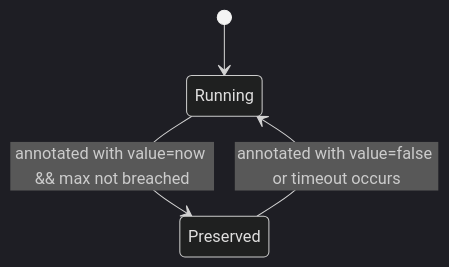
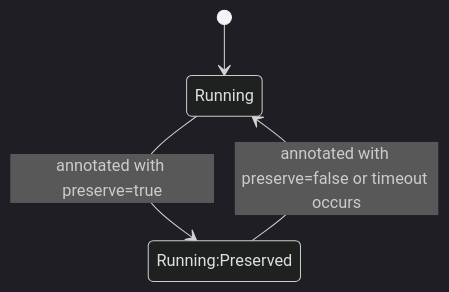
One commit to gardener/machine-controller-manager changed the first of 2 diagrams in docs/proposals/machine-preservation.md. Above: the diagram before and after it, drawn with Mermaid (dark theme). The commit also changed other lines of this file, not shown here.

````diff
--- a/docs/proposals/machine-preservation.md
+++ b/docs/proposals/machine-preservation.md
@@ -71,9 +65,9 @@
 ```mermaid
 stateDiagram-v2
 direction TBP
     state "Running" as R
-    state "Preserved" as P
+    state "Running:Preserved" as RP
     [*]-->R
-    R --> P: annotated with value=now && max not breached
-    P --> R: annotated with value=false or timeout occurs
+    R --> RP: annotated with preserve=true
+    RP --> R: annotated with preserve=false or timeout occurs
 ```
````
